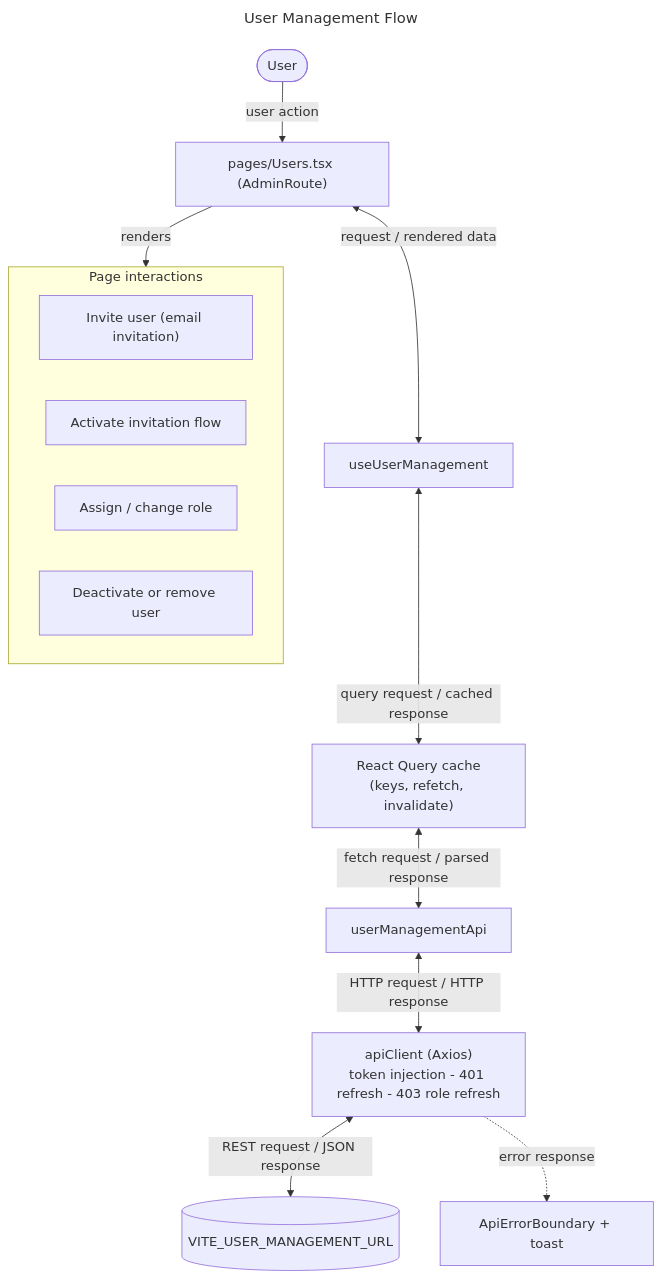
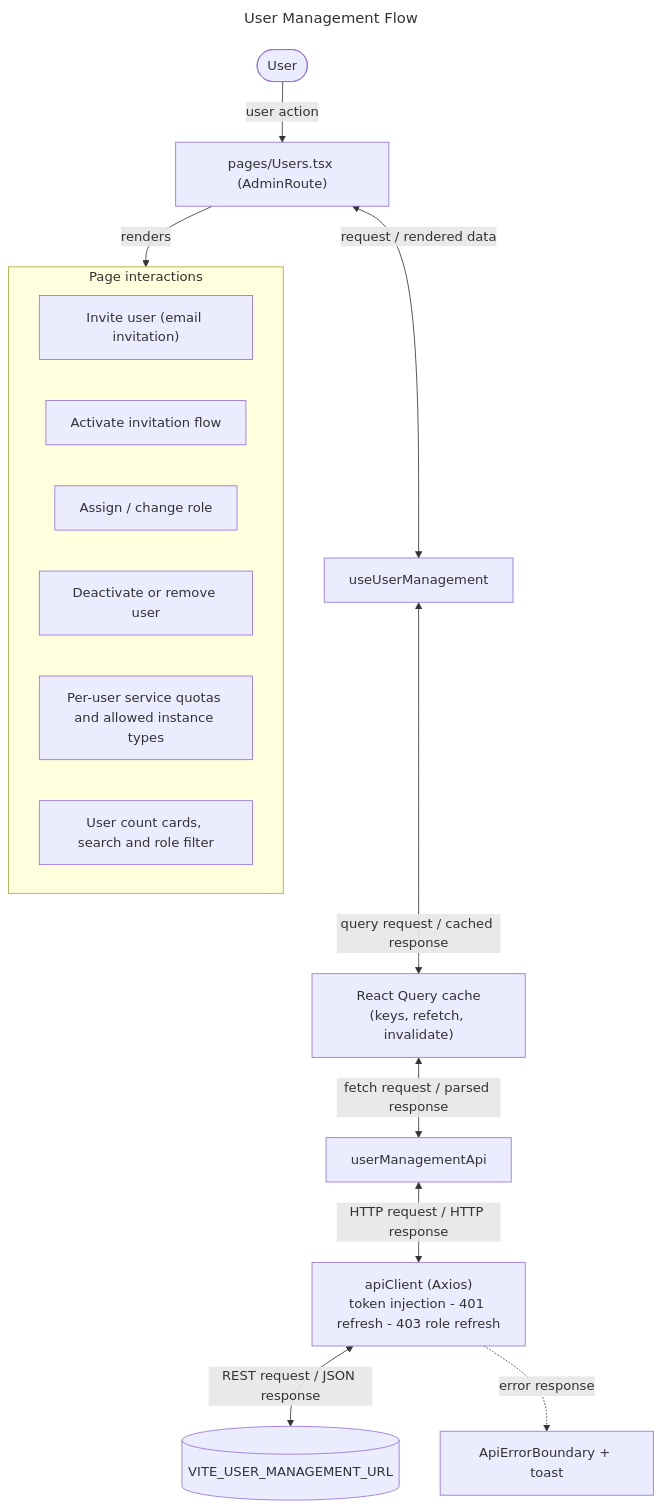
The diagram in docs/flowcharts/users-roles.mmd (sayeeduddinofficial/user-table-view), drawn with Mermaid before and after one commit. The commit also changed 4 other files, not shown here.

```diff
--- a/docs/flowcharts/users-roles.mmd
+++ b/docs/flowcharts/users-roles.mmd
@@ -1,18 +1,20 @@
 ---
 title: User Management Flow
 ---
 flowchart TD
   U([User]) -->|"user action"| P["pages/Users.tsx (AdminRoute)"]
   P <-->|"request / rendered data"| H["useUserManagement"]
   H <-->|"query request / cached response"| Q["React Query cache<br/>(keys, refetch, invalidate)"]
   Q <-->|"fetch request / parsed response"| A["userManagementApi"]
   A <-->|"HTTP request / HTTP response"| C["apiClient (Axios)<br/>token injection - 401 refresh - 403 role refresh"]
   C <-->|"REST request / JSON response"| S[("VITE_USER_MANAGEMENT_URL")]
   P -->|"renders"| UI
   subgraph UI[Page interactions]
     S0["Invite user (email invitation)"]
     S1["Activate invitation flow"]
     S2["Assign / change role"]
     S3["Deactivate or remove user"]
+    S4["Per-user service quotas and allowed instance types"]
+    S5["User count cards, search and role filter"]
   end
   C -. "error response" .-> E["ApiErrorBoundary + toast"]
```
